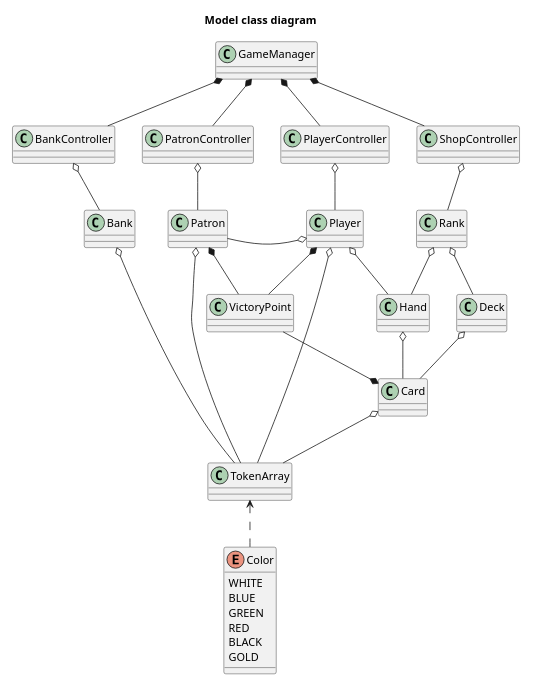
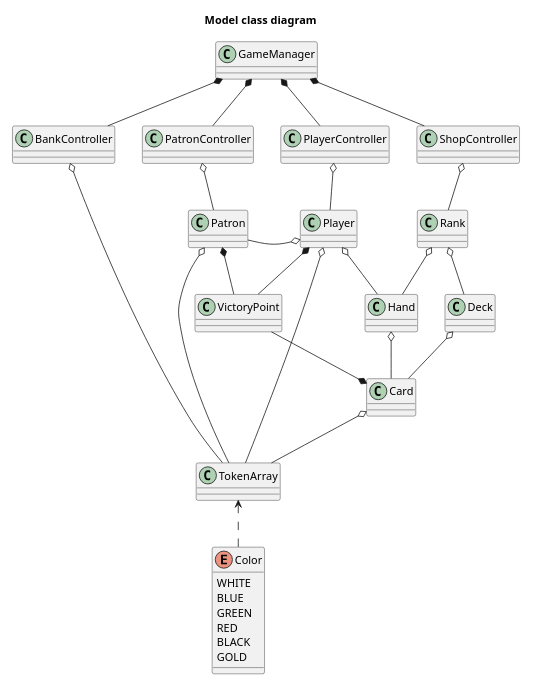
Before and after one commit to kalharko/splendia: the diagram in Technical Specifications/ClassDiagramSimplest.puml, drawn with PlantUML. The commit also changed 1 other file, not shown here.

Commit message:
:memo: update class diagram

```diff
--- a/Technical Specifications/ClassDiagramSimplest.puml
+++ b/Technical Specifications/ClassDiagramSimplest.puml
@@ -1,86 +1,84 @@
 @startuml classDiagram
 title Model class diagram
 scale 0.65
 
 GameManager *-- BankController
 GameManager *-- PatronController
 GameManager *-- PlayerController
 GameManager *-- ShopController
 
 PatronController o-- Patron
 Patron o-- TokenArray
 
-BankController o-down- Bank
-Bank o-- TokenArray
+BankController o-down- TokenArray
 
 PlayerController o-- Player
 Player o-- TokenArray
 Player o-- Hand
 Player o-- Patron
 
 ShopController o-- Rank
 Rank o-- Hand
 Rank o-- Deck
 
 Deck o-- Card
 Hand o-- Card
 
 Card o-- TokenArray
 TokenArray <.. Color
 
 
 BankController .r[hidden]. PatronController
 PatronController .r[hidden]. PlayerController
 PlayerController .r[hidden]. ShopController
 
-Bank .r[hidden]. Patron
 Patron .r[hidden]. Player
 Player .r[hidden]. Rank
 
 
 VictoryPoint .r[hidden]. Hand
 VictoryPoint -[norank]-* Patron
 VictoryPoint -[norank]-* Card
 VictoryPoint -[norank]-* Player
 
 
 
 
 class GameManager {
 }
 
 
 class BankController {
 }
 
 class PatronController {
 }
 
 class PlayerController {
 }
 
 class ShopController {
 }
 
 
 
 
 
 
 
 
 
 class TokenArray {
 }
 
 
 enum Color {
     WHITE
     BLUE
     GREEN
     RED
     BLACK
     GOLD
 }
 
 @enduml
```
